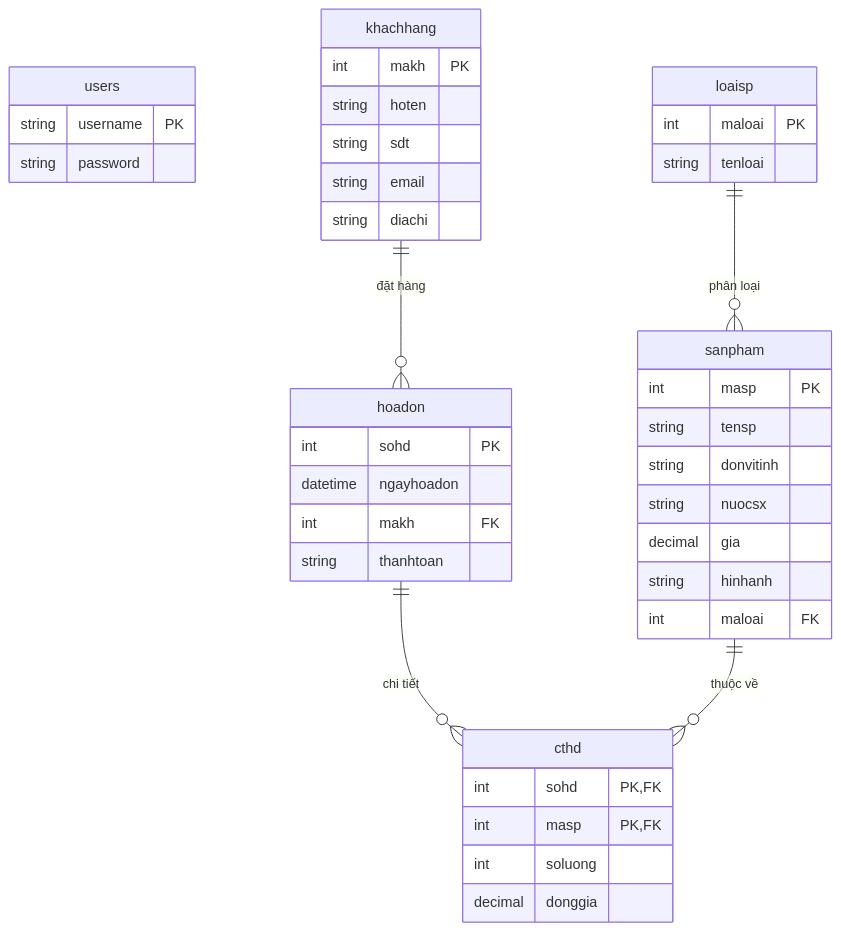
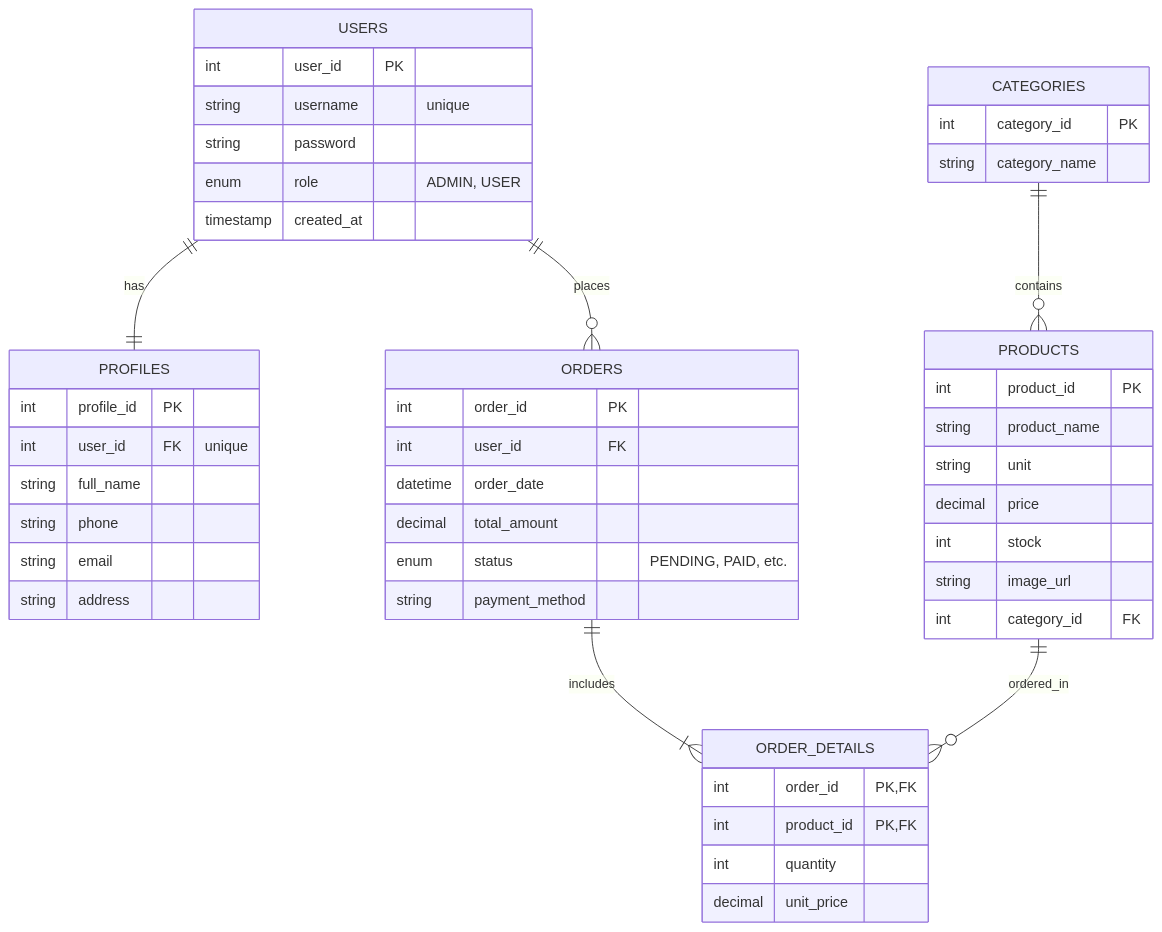
One commit to phuchoang2005/ecommerce-ajax-servlet changed the diagram in docs/database/database-design.md. Above: the diagram before and after it, drawn with Mermaid. The commit also changed other lines of this file and 32 other files, not shown here.

````diff
--- a/docs/database/database-design.md
+++ b/docs/database/database-design.md
@@ -13,45 +13,58 @@
-```mermaid
+``` mermaid
 erDiagram
-    users {
-        string username PK
+
+USERS ||--|| PROFILES : "has"
+USERS ||--o{ ORDERS : "places"
+CATEGORIES ||--o{ PRODUCTS : "contains"
+ORDERS ||--|{ ORDER_DETAILS : "includes"
+PRODUCTS ||--o{ ORDER_DETAILS : "ordered_in"
+
+    USERS {
+        int user_id PK
+        string username "unique"
         string password
-    }
-    khachhang {
-        int makh PK
-        string hoten
-        string sdt
-        string email
-        string diachi
-    }
-    loaisp {
-        int maloai PK
-        string tenloai
-    }
-    sanpham {
-        int masp PK
-        string tensp
-        string donvitinh
-        string nuocsx
-        decimal gia
-        string hinhanh
-        int maloai FK
-    }
-    hoadon {
-        int sohd PK
-        datetime ngayhoadon
-        int makh FK
-        string thanhtoan
-    }
-    cthd {
-        int sohd PK, FK
-        int masp PK, FK
-        int soluong
-        decimal donggia
+        enum role "ADMIN, USER"
+        timestamp created_at
     }
 
-    loaisp ||--o{ sanpham : "phân loại"
-    khachhang ||--o{ hoadon : "đặt hàng"
-    hoadon ||--o{ cthd : "chi tiết"
-    sanpham ||--o{ cthd : "thuộc về"
+    PROFILES {
+        int profile_id PK
+        int user_id FK "unique"
+        string full_name
+        string phone
+        string email
+        string address
+    }
+
+    CATEGORIES {
+        int category_id PK
+        string category_name
+    }
+
+    PRODUCTS {
+        int product_id PK
+        string product_name
+        string unit
+        decimal price
+        int stock
+        string image_url
+        int category_id FK
+    }
+
+    ORDERS {
+        int order_id PK
+        int user_id FK
+        datetime order_date
+        decimal total_amount
+        enum status "PENDING, PAID, etc."
+        string payment_method
+    }
+
+    ORDER_DETAILS {
+        int order_id PK, FK
+        int product_id PK, FK
+        int quantity
+        decimal unit_price
+    }
 
 ```
````
